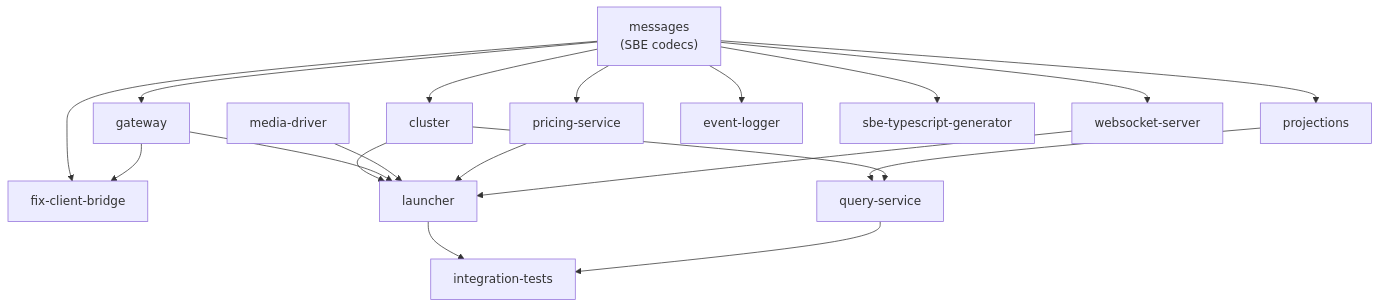
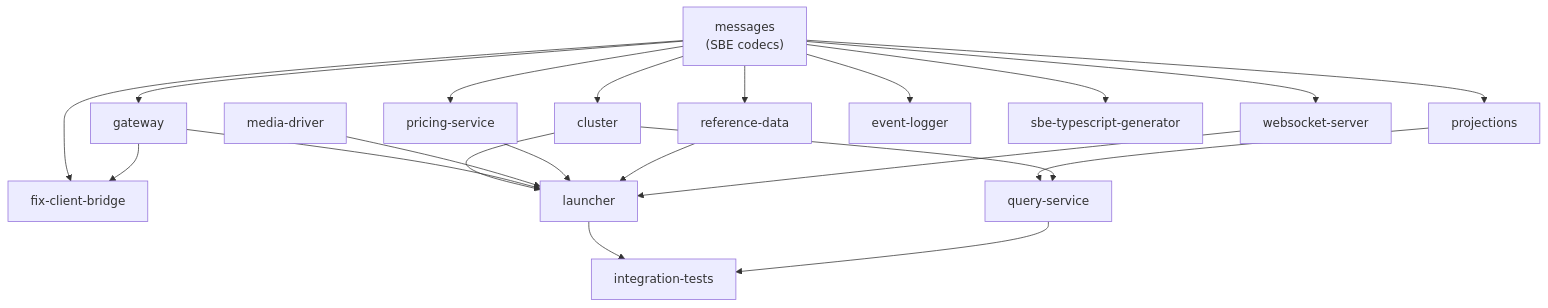
Before and after one commit to jsohi/app-trading-engine: the second of 2 diagrams in docs/architecture.md, drawn with Mermaid. The commit also changed 2 other files, not shown here.

Commit message:
APP-57: Add reference data (accounts) docs and wave plan
Add account reference data template IDs (11, 110-111, 201) to event map,
reference-data module to architecture dependency graph, and APP-57 through
APP-61 to the multi-agent wave plan with correct dependency chains.

````diff
--- a/docs/architecture.md
+++ b/docs/architecture.md
@@ -62,27 +62,29 @@
 ```mermaid
 graph TB
     messages["messages<br/>(SBE codecs)"]
 
     messages --> cluster
     messages --> gateway
     messages --> projections
     messages --> pricing-service["pricing-service"]
+    messages --> reference-data["reference-data"]
     messages --> fix-client-bridge["fix-client-bridge"]
     messages --> websocket-server["websocket-server"]
     messages --> event-logger["event-logger"]
     messages --> sbe-ts-generator["sbe-typescript-generator"]
 
     cluster --> launcher
     gateway --> launcher
     media-driver["media-driver"] --> launcher
     pricing-service --> launcher
+    reference-data --> launcher
     websocket-server --> launcher
 
     projections --> query-service["query-service"]
     cluster --> query-service
 
     gateway --> fix-client-bridge
 
     launcher --> integration-tests["integration-tests"]
     query-service --> integration-tests
 ```
````
